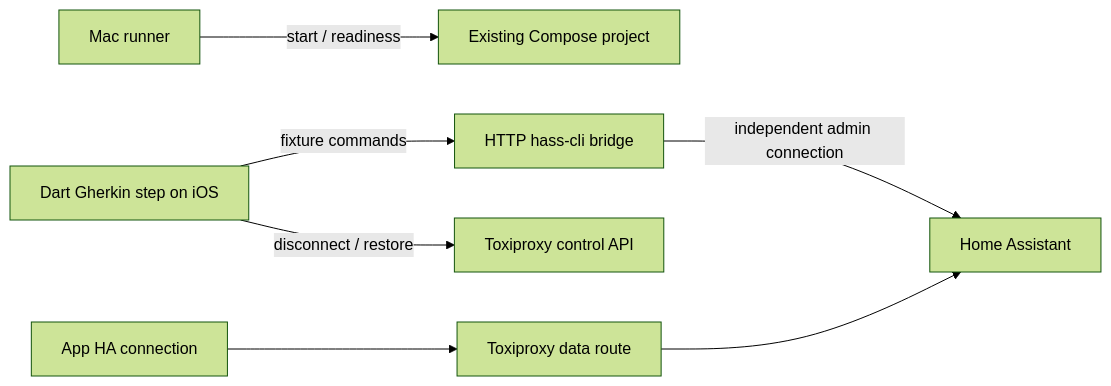
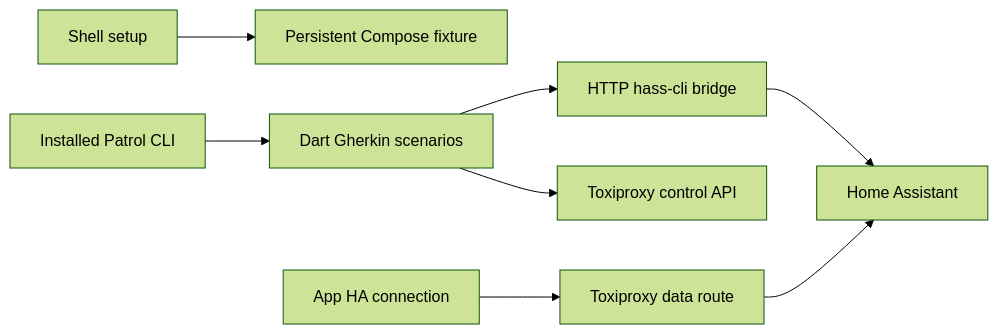
One commit to seftoner/hommie changed the diagram in docs/testing.md. Above: the diagram before and after it, drawn with Mermaid (forest theme). The commit also changed other lines of this file and 34 other files, not shown here.

Commit message:
refactor(e2e): use installed patrol cli directly

````diff
--- a/docs/testing.md
+++ b/docs/testing.md
@@ -31,9 +55,10 @@
 ```mermaid
 flowchart LR
-  Runner[Mac runner] -->|start / readiness| Docker[Existing Compose project]
-  Test[Dart Gherkin step on iOS] -->|fixture commands| Bridge[HTTP hass-cli bridge]
-  Bridge -->|independent admin connection| HA[Home Assistant]
-  Test -->|disconnect / restore| Control[Toxiproxy control API]
+  Shell[Shell setup] --> Docker[Persistent Compose fixture]
+  Patrol[Installed Patrol CLI] --> Test[Dart Gherkin scenarios]
+  Test --> Bridge[HTTP hass-cli bridge]
+  Bridge --> HA[Home Assistant]
+  Test --> Control[Toxiproxy control API]
   App[App HA connection] --> Proxy[Toxiproxy data route]
   Proxy --> HA
 ```
````
